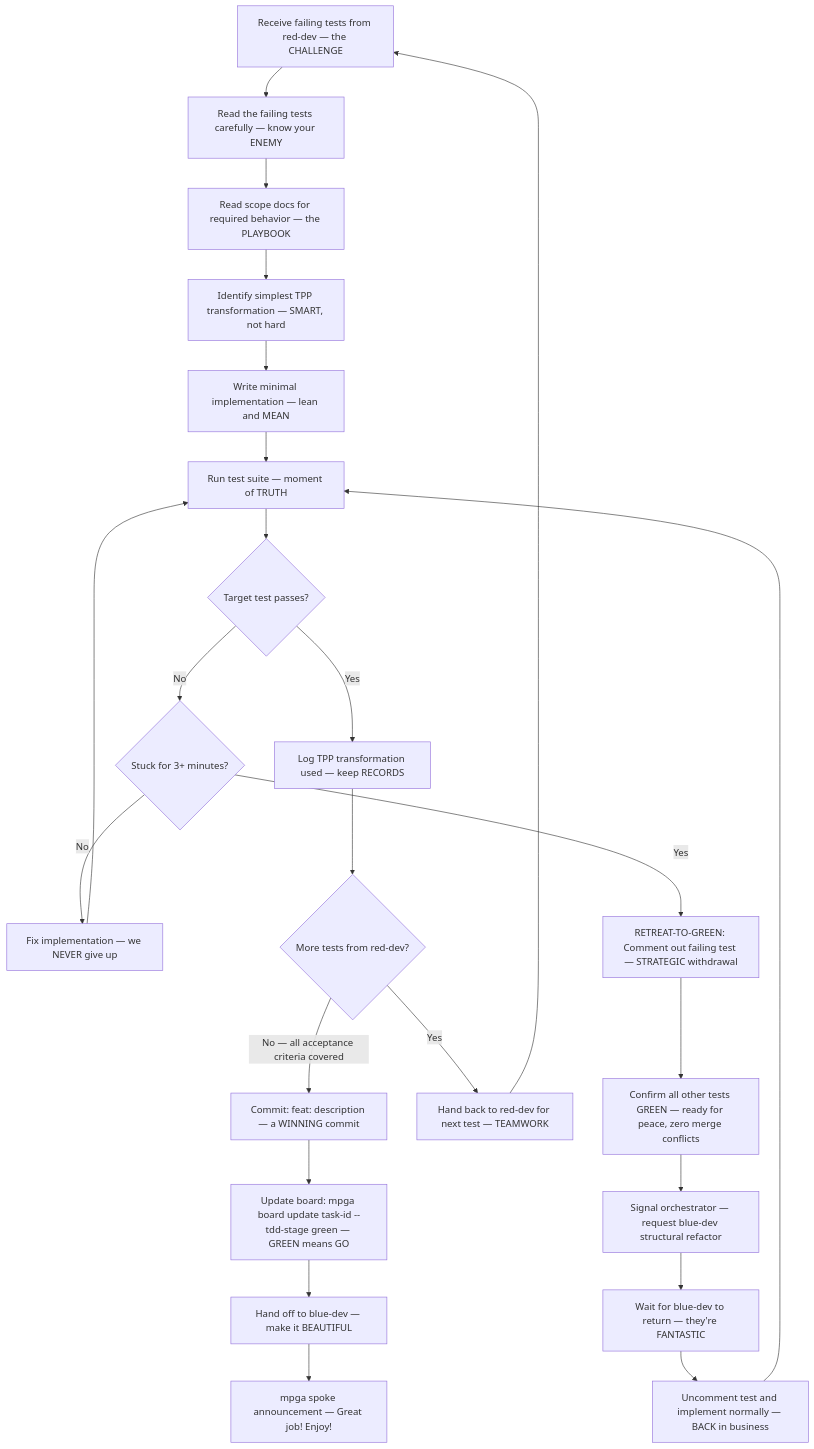
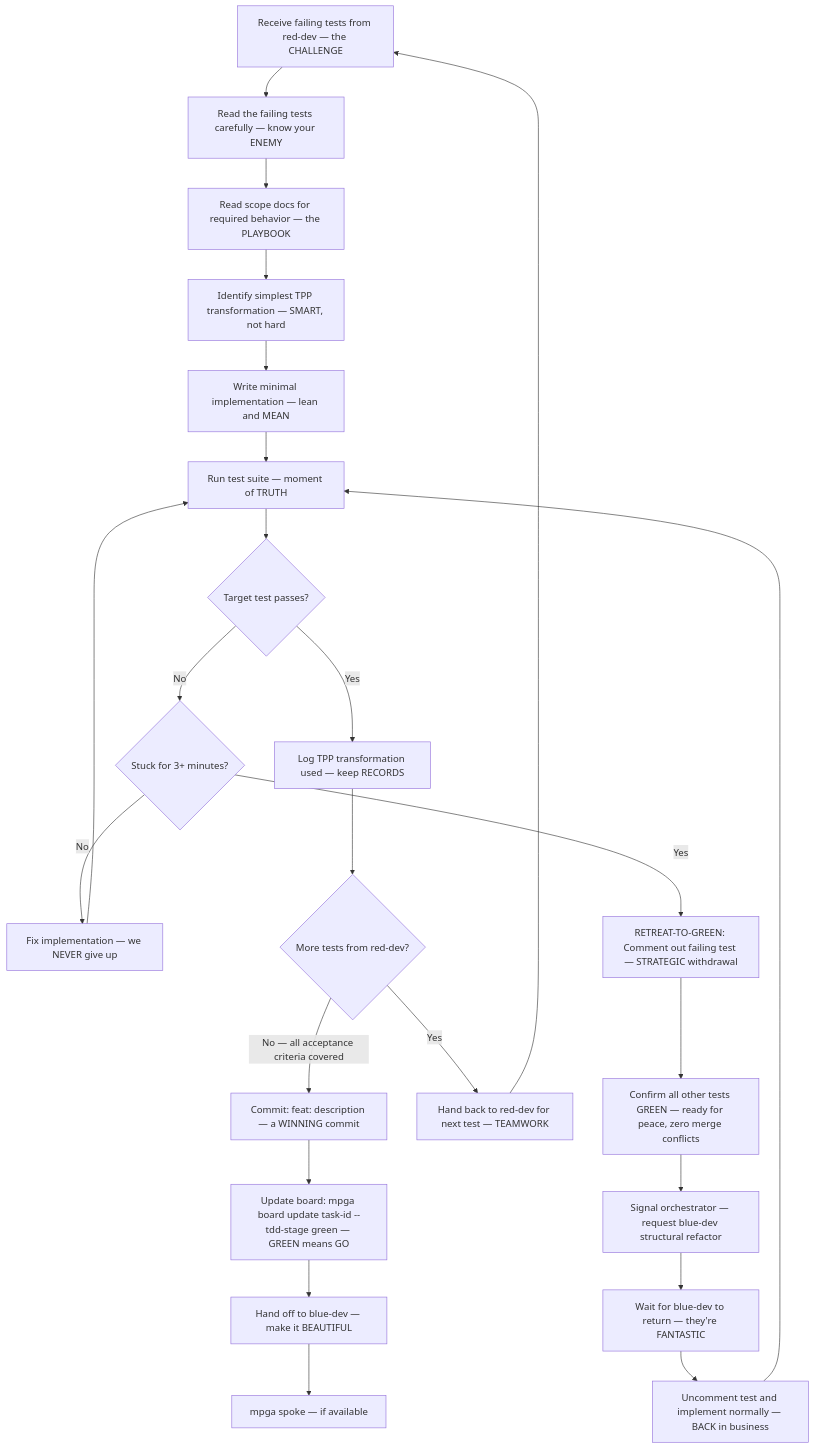
One commit to benrben/MPGA changed the diagram in docs/diagrams/agents/green-dev.md. Above: the diagram before and after it, drawn with Mermaid. The commit also changed 73 other files, not shown here.

First line of the commit message:
refactor: standardize mpga spoke references across agents and skills

````diff
--- a/docs/diagrams/agents/green-dev.md
+++ b/docs/diagrams/agents/green-dev.md
@@ -5,26 +5,26 @@
 ```mermaid
 flowchart TD
     A[Receive failing tests from red-dev — the CHALLENGE] --> B[Read the failing tests carefully — know your ENEMY]
     B --> C[Read scope docs for required behavior — the PLAYBOOK]
     C --> D[Identify simplest TPP transformation — SMART, not hard]
     D --> E[Write minimal implementation — lean and MEAN]
     E --> F[Run test suite — moment of TRUTH]
     F --> G{Target test passes?}
     G -->|No| H{Stuck for 3+ minutes?}
     H -->|No| I[Fix implementation — we NEVER give up]
     I --> F
     H -->|Yes| J["RETREAT-TO-GREEN: Comment out failing test — STRATEGIC withdrawal"]
     J --> K[Confirm all other tests GREEN — ready for peace, zero merge conflicts]
     K --> L[Signal orchestrator — request blue-dev structural refactor]
     L --> M[Wait for blue-dev to return — they're FANTASTIC]
     M --> N[Uncomment test and implement normally — BACK in business]
     N --> F
     G -->|Yes| O[Log TPP transformation used — keep RECORDS]
     O --> P{More tests from red-dev?}
     P -->|Yes| Q[Hand back to red-dev for next test — TEAMWORK]
     Q --> A
     P -->|No — all acceptance criteria covered| R["Commit: feat: description — a WINNING commit"]
     R --> S["Update board: mpga board update task-id --tdd-stage green — GREEN means GO"]
     S --> T["Hand off to blue-dev — make it BEAUTIFUL"]
-    T --> U[mpga spoke announcement — Great job! Enjoy!]
+    T --> U[mpga spoke — if available]
 ```
````
